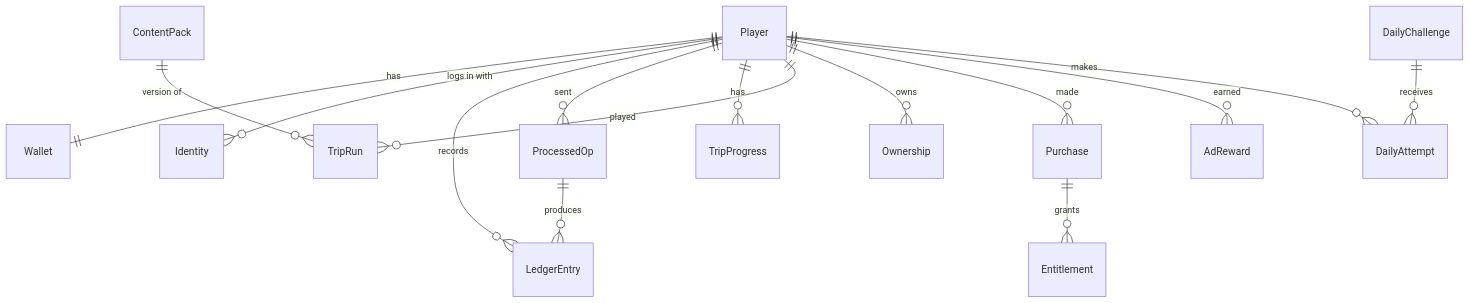
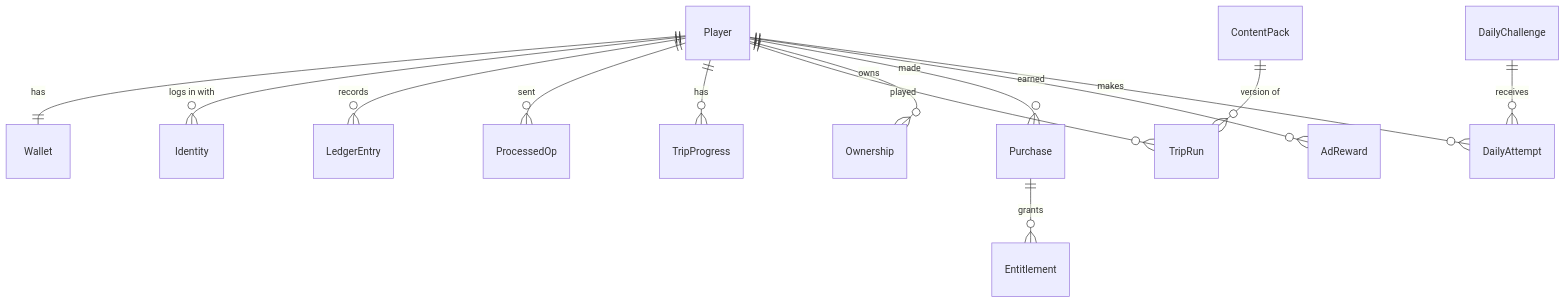
The fourth of 4 diagrams in docs/architecture-backend.md (AhmedSaied94/wasal_ogra), drawn with Mermaid before and after one commit. The commit also changed other lines of this file and 160 other files, not shown here.

````diff
--- a/docs/architecture-backend.md
+++ b/docs/architecture-backend.md
@@ -780,17 +836,16 @@
 ```mermaid
 erDiagram
   Player ||--|| Wallet : has
   Player ||--o{ Identity : "logs in with"
   Player ||--o{ LedgerEntry : records
   Player ||--o{ ProcessedOp : sent
-  ProcessedOp ||--o{ LedgerEntry : produces
   Player ||--o{ TripProgress : has
   Player ||--o{ TripRun : played
   Player ||--o{ Ownership : owns
   Player ||--o{ Purchase : made
   Purchase ||--o{ Entitlement : grants
   Player ||--o{ AdReward : earned
   DailyChallenge ||--o{ DailyAttempt : receives
   Player ||--o{ DailyAttempt : makes
   ContentPack ||--o{ TripRun : "version of"
 ```
````
